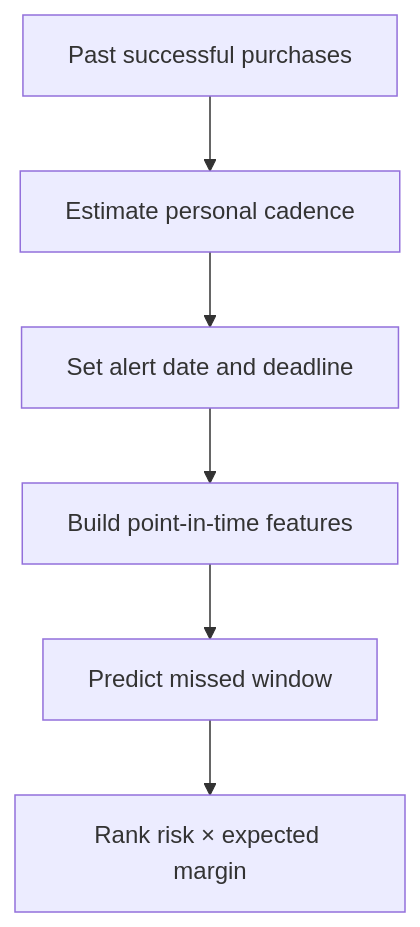
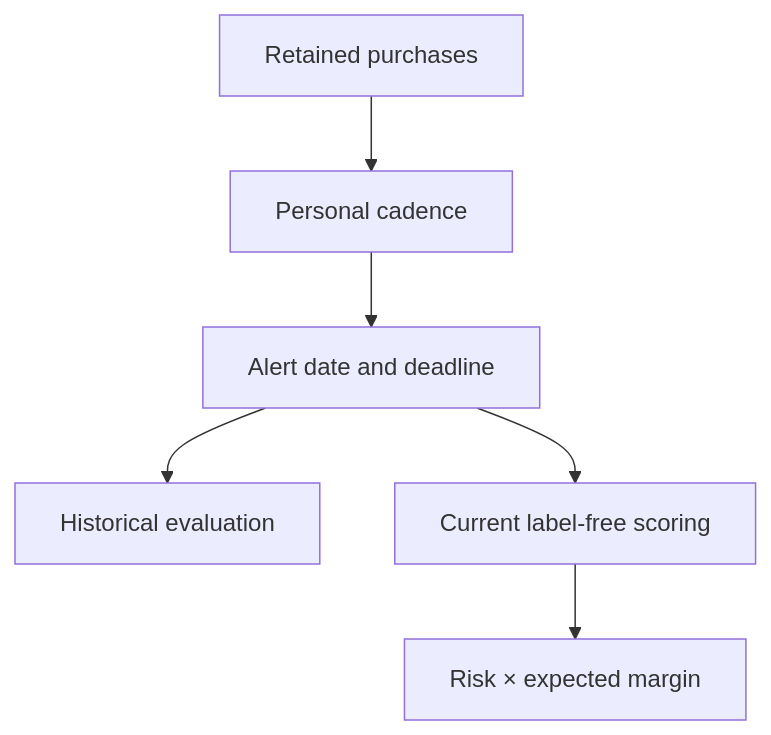
The diagram in README.md (parisaMSTFV/customer-churn-personalized-window), drawn with Mermaid before and after one commit. The commit also changed other lines of this file and 42 other files, not shown here.

Commit message:
Harden personalized churn scoring and evaluation (#2)

````diff
--- a/README.md
+++ b/README.md
@@ -37,8 +57,8 @@
 ```mermaid
 flowchart TD
-    A["Past successful purchases"] --> B["Estimate personal cadence"]
-    B --> C["Set alert date and deadline"]
-    C --> D["Build point-in-time features"]
-    D --> E["Predict missed window"]
-    E --> F["Rank risk × expected margin"]
+    A["Retained purchases"] --> B["Personal cadence"]
+    B --> C["Alert date and deadline"]
+    C --> D["Historical evaluation"]
+    C --> E["Current label-free scoring"]
+    E --> F["Risk × expected margin"]
 ```
````
